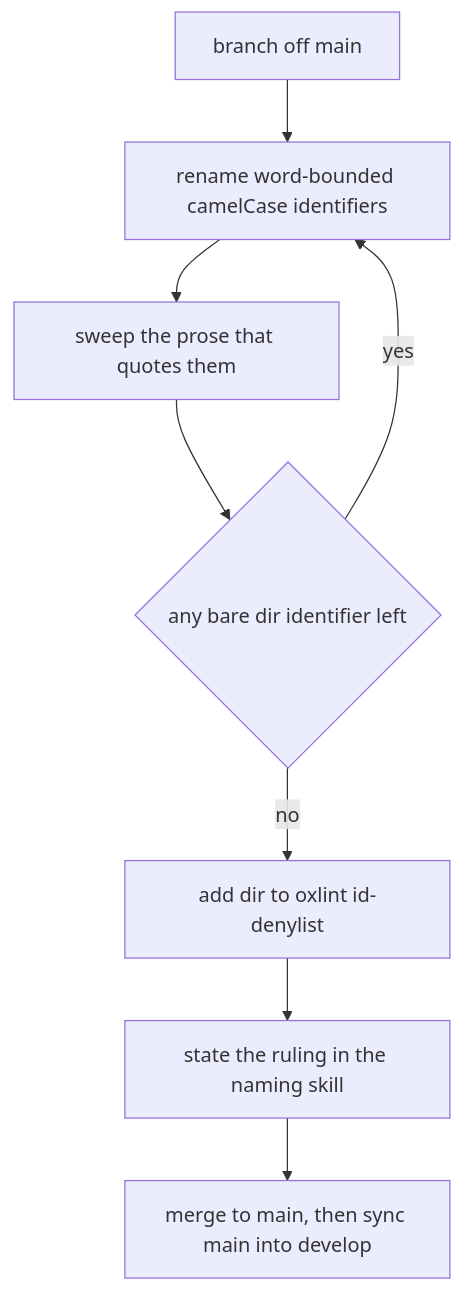
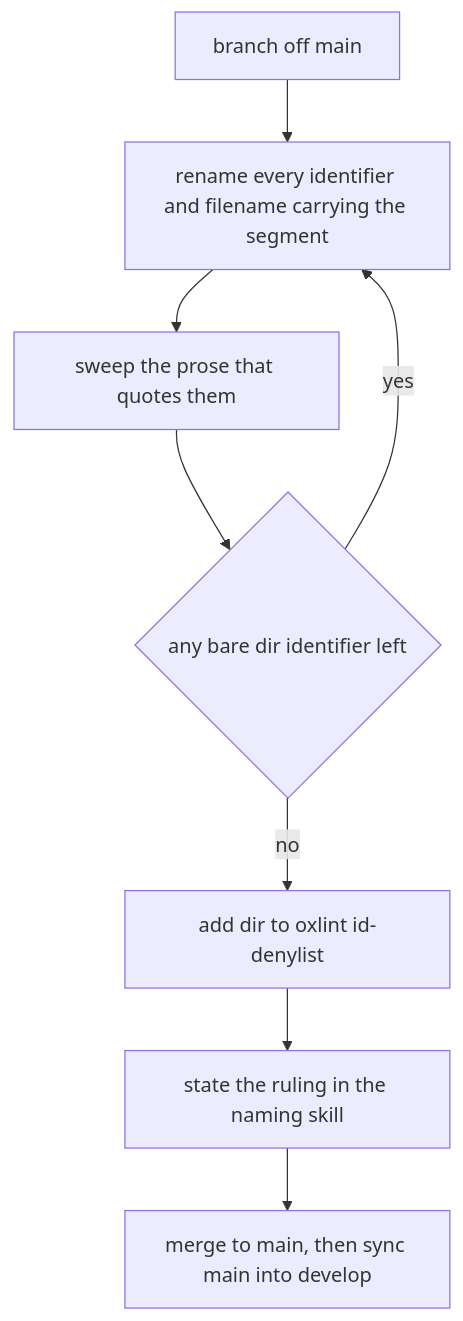
Before and after one commit to Esposter/Esposter: the diagram in apps/web/content/docs/proposals/virrun/directory-rename.md, drawn with Mermaid. The commit also changed other lines of this file, not shown here.

Commit message:
docs(virrun): search every spelling of the segment, and the file names, before the rename
The search pattern only reached camelCase, so DirSource, OpaqueDir and DirSource.ts — three of the page's own
targets — would have survived the rename and been denied by the enforcer it adds last.

Claude-Session: https://claude.ai/code/session_017mUHoMh3gDRpZmgz7fZhh1

````diff
--- a/apps/web/content/docs/proposals/virrun/directory-rename.md
+++ b/apps/web/content/docs/proposals/virrun/directory-rename.md
@@ -18,10 +18,10 @@
 ```mermaid
 flowchart TD
-  B["branch off main"] --> R["rename word-bounded camelCase identifiers"]
+  B["branch off main"] --> R["rename every identifier and filename carrying the segment"]
   R --> P["sweep the prose that quotes them"]
   P --> G{"any bare dir identifier left"}
   G -->|yes| R
   G -->|no| E["add dir to oxlint id-denylist"]
   E --> N["state the ruling in the naming skill"]
   N --> M["merge to main, then sync main into develop"]
 ```
````
